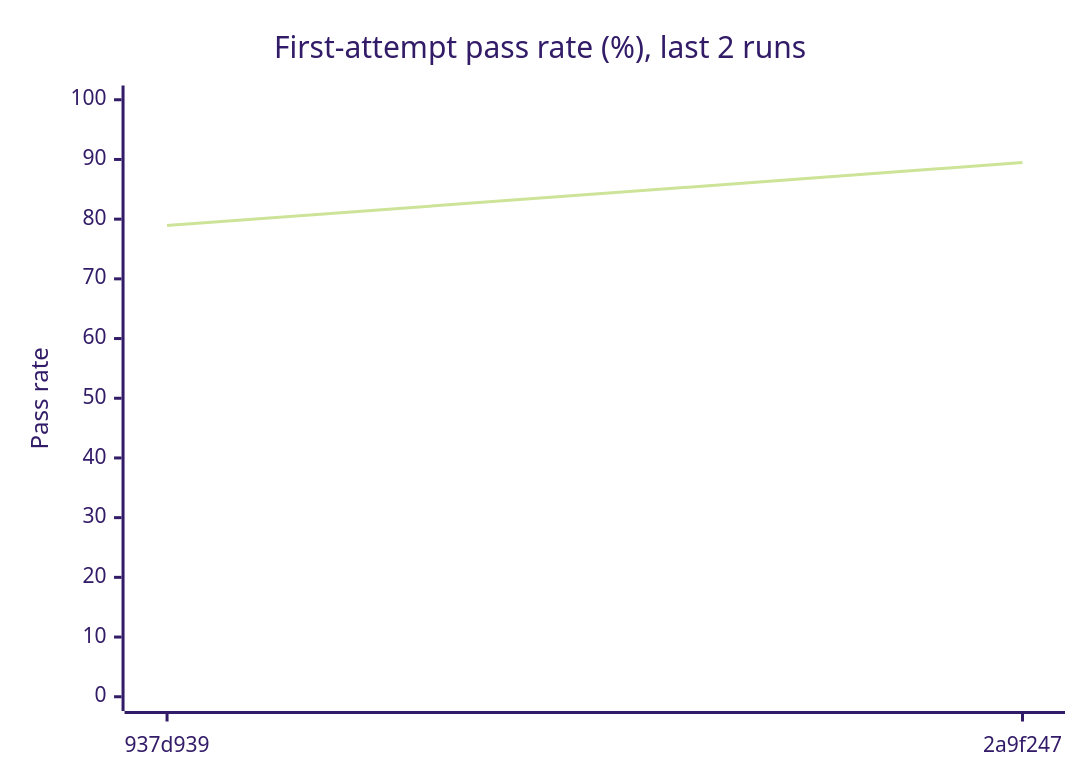
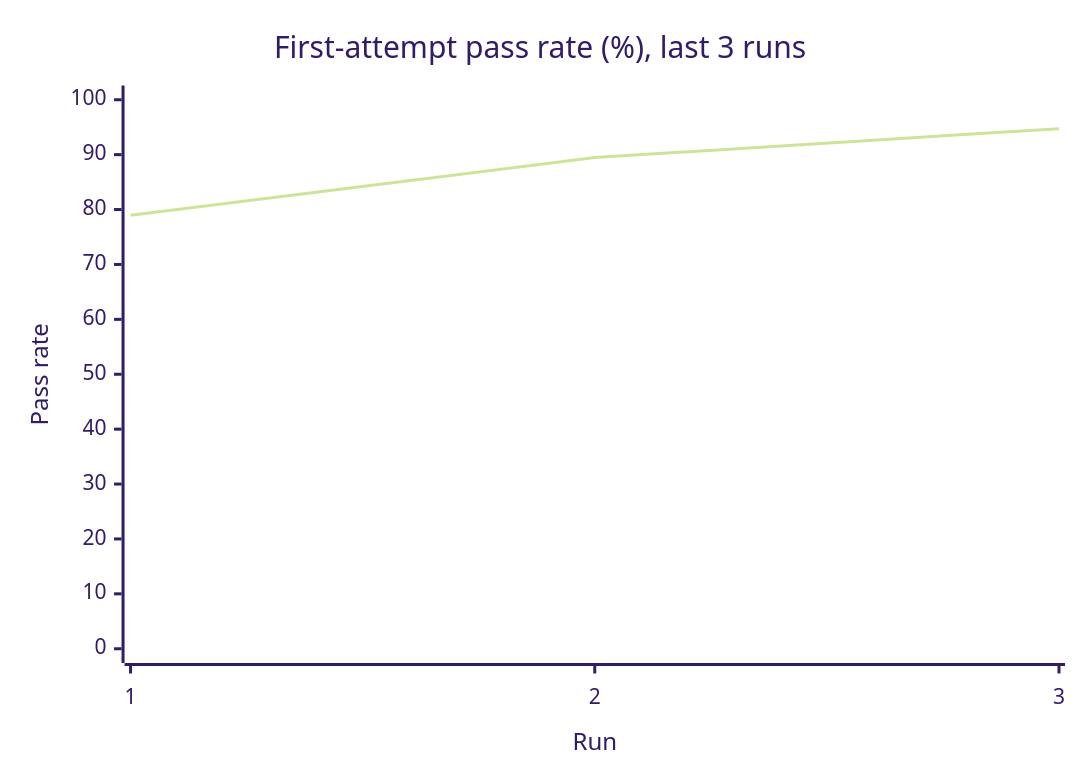
Before and after one commit to Shirojoufu/Flaky-Test-Lab: the first of 3 diagrams in reports/summary.md, drawn with Mermaid (forest theme). The commit also changed other lines of this file and 7 other files, not shown here.

````diff
--- a/reports/summary.md
+++ b/reports/summary.md
@@ -35,7 +34,7 @@
 ```mermaid
 xychart-beta
-    title "First-attempt pass rate (%), last 2 runs"
-    x-axis ["937d939", "2a9f247"]
+    title "First-attempt pass rate (%), last 3 runs"
+    x-axis "Run" [1, 2, 3]
     y-axis "Pass rate" 0 --> 100
-    line [78.95, 89.47]
+    line [78.95, 89.47, 94.74]
 ```
````
